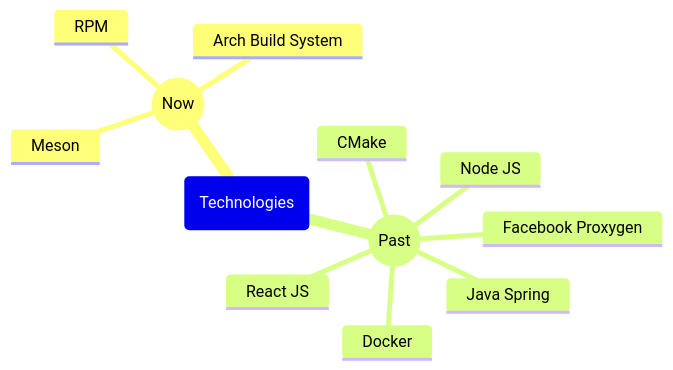
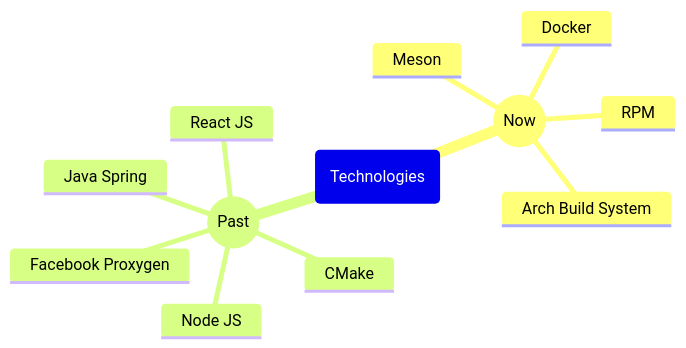
The fifth of 6 diagrams in README.md (frefolli/frefolli), drawn with Mermaid before and after one commit. The commit also changed other lines of this file, not shown here.

````diff
--- a/README.md
+++ b/README.md
@@ -121,15 +121,15 @@
 ```mermaid
 mindmap
   root(Technologies)
     ((Now))
       Meson
       RPM
       Arch Build System
+      Docker
     ((Past))
       Node JS
       React JS
-      Docker
       Java Spring
       Facebook Proxygen
       CMake
 ```
````
